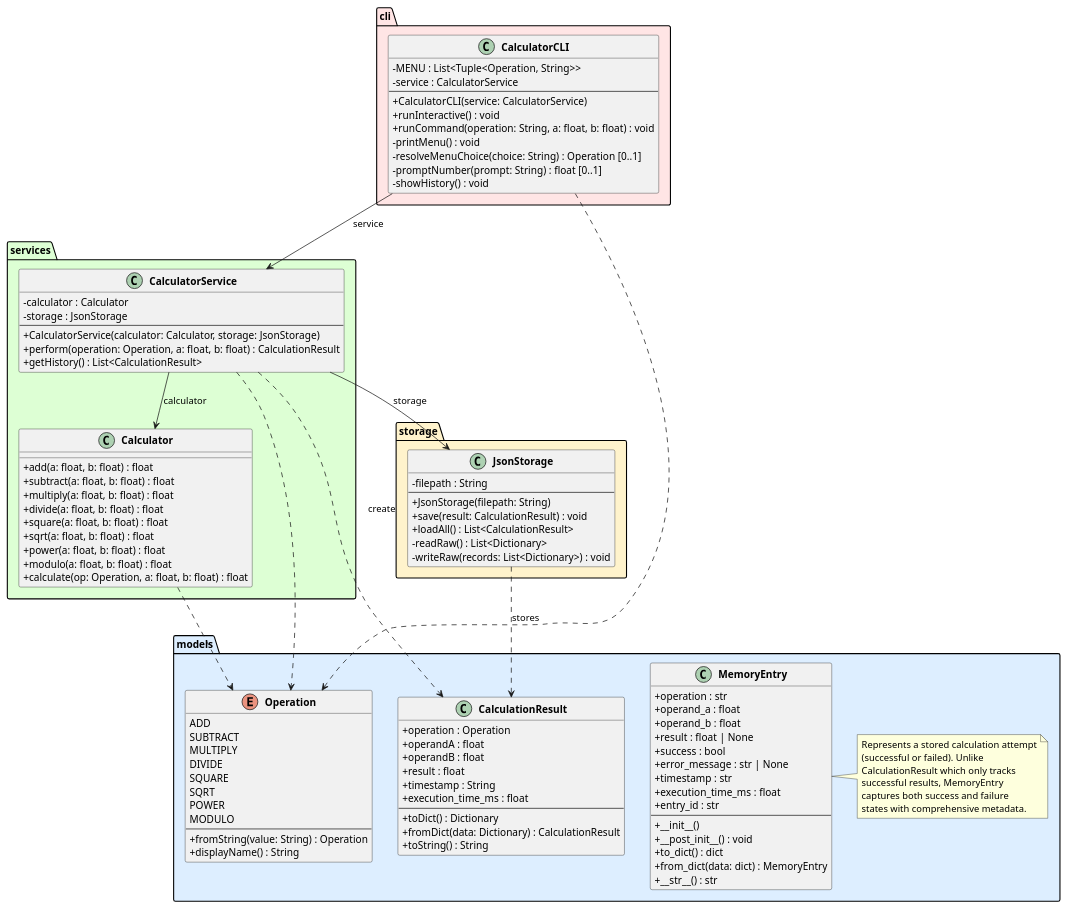
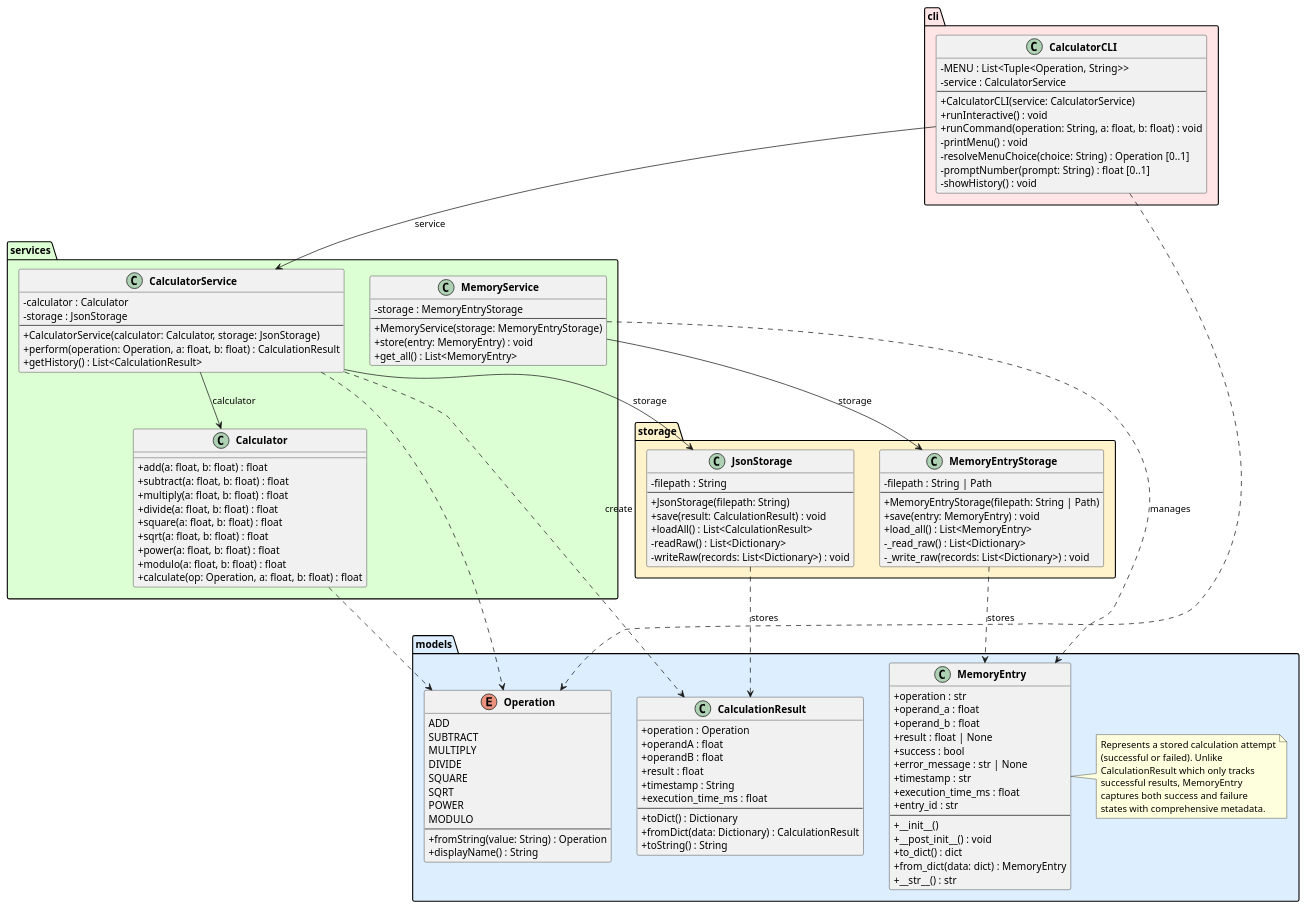
Before and after one commit to DanielRiha8906/Software_autoevolution_using_agents: the diagram in experiments/pipeline/structured_text/calculator/artifacts/class_diagram.puml, drawn with PlantUML. The commit also changed 10 other files, not shown here.

```diff
--- a/experiments/pipeline/structured_text/calculator/artifacts/class_diagram.puml
+++ b/experiments/pipeline/structured_text/calculator/artifacts/class_diagram.puml
@@ -1,122 +1,144 @@
 @startuml class_diagram
 
 skinparam classAttributeIconSize 0
 skinparam classFontStyle bold
 
 package "models" #DDEEFF {
     enum Operation {
         ADD
         SUBTRACT
         MULTIPLY
         DIVIDE
         SQUARE
         SQRT
         POWER
         MODULO
         --
         +fromString(value: String) : Operation
         +displayName() : String
     }
 
     class CalculationResult {
         +operation : Operation
         +operandA : float
         +operandB : float
         +result : float
         +timestamp : String
         +execution_time_ms : float
         --
         +toDict() : Dictionary
         +fromDict(data: Dictionary) : CalculationResult
         +toString() : String
     }
 
     class MemoryEntry {
         +operation : str
         +operand_a : float
         +operand_b : float
         +result : float | None
         +success : bool
         +error_message : str | None
         +timestamp : str
         +execution_time_ms : float
         +entry_id : str
         --
         +__init__()
         +__post_init__() : void
         +to_dict() : dict
         +from_dict(data: dict) : MemoryEntry
         +__str__() : str
     }
 
     note right of MemoryEntry
         Represents a stored calculation attempt
         (successful or failed). Unlike
         CalculationResult which only tracks
         successful results, MemoryEntry
         captures both success and failure
         states with comprehensive metadata.
     end note
 }
 
 package "services" #DDFFD4 {
     class Calculator {
         +add(a: float, b: float) : float
         +subtract(a: float, b: float) : float
         +multiply(a: float, b: float) : float
         +divide(a: float, b: float) : float
         +square(a: float, b: float) : float
         +sqrt(a: float, b: float) : float
         +power(a: float, b: float) : float
         +modulo(a: float, b: float) : float
         +calculate(op: Operation, a: float, b: float) : float
     }
 
     class CalculatorService {
         -calculator : Calculator
         -storage : JsonStorage
         --
         +CalculatorService(calculator: Calculator, storage: JsonStorage)
         +perform(operation: Operation, a: float, b: float) : CalculationResult
         +getHistory() : List<CalculationResult>
     }
+
+    class MemoryService {
+        -storage : MemoryEntryStorage
+        --
+        +MemoryService(storage: MemoryEntryStorage)
+        +store(entry: MemoryEntry) : void
+        +get_all() : List<MemoryEntry>
+    }
 }
 
 package "storage" #FFF3CC {
     class JsonStorage {
         -filepath : String
         --
         +JsonStorage(filepath: String)
         +save(result: CalculationResult) : void
         +loadAll() : List<CalculationResult>
         -readRaw() : List<Dictionary>
         -writeRaw(records: List<Dictionary>) : void
+    }
+
+    class MemoryEntryStorage {
+        -filepath : String | Path
+        --
+        +MemoryEntryStorage(filepath: String | Path)
+        +save(entry: MemoryEntry) : void
+        +load_all() : List<MemoryEntry>
+        -_read_raw() : List<Dictionary>
+        -_write_raw(records: List<Dictionary>) : void
     }
 }
 
 package "cli" #FFE5E5 {
     class CalculatorCLI {
         -MENU : List<Tuple<Operation, String>>
         -service : CalculatorService
         --
         +CalculatorCLI(service: CalculatorService)
         +runInteractive() : void
         +runCommand(operation: String, a: float, b: float) : void
         -printMenu() : void
         -resolveMenuChoice(choice: String) : Operation [0..1]
         -promptNumber(prompt: String) : float [0..1]
         -showHistory() : void
     }
 }
 
 CalculatorCLI --> CalculatorService : service
 CalculatorService --> Calculator : calculator
 CalculatorService --> JsonStorage : storage
 
+MemoryService --> MemoryEntryStorage : storage
+MemoryEntryStorage ..> MemoryEntry : stores
+
 CalculatorService ..> CalculationResult : create
 CalculatorService ..> Operation
 CalculatorCLI ..> Operation
 Calculator ..> Operation
 JsonStorage ..> CalculationResult : stores
+MemoryService ..> MemoryEntry : manages
 
 @enduml
```
